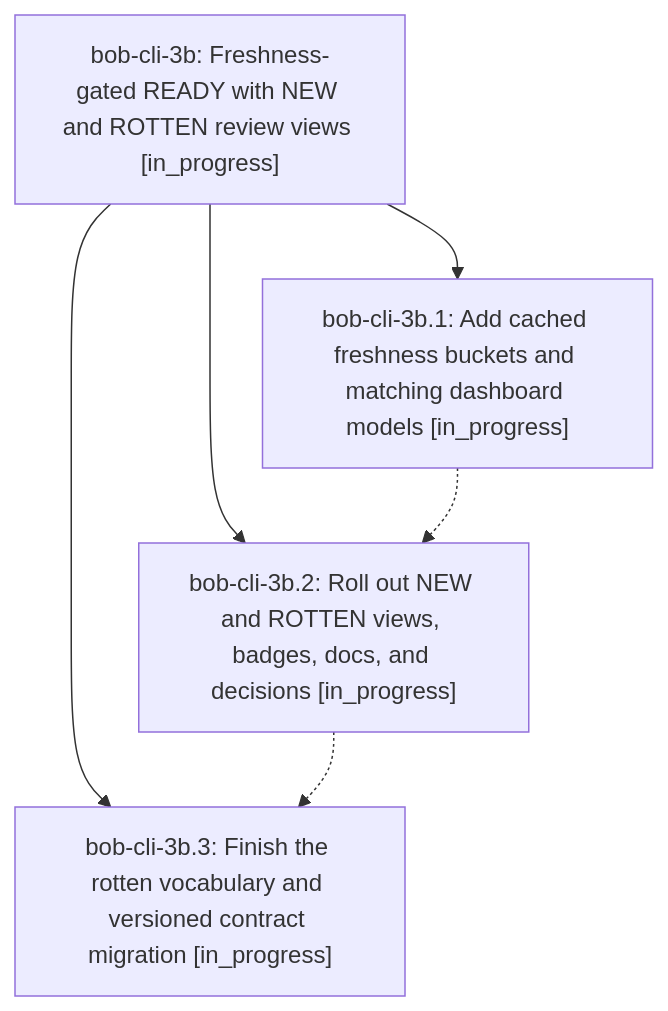
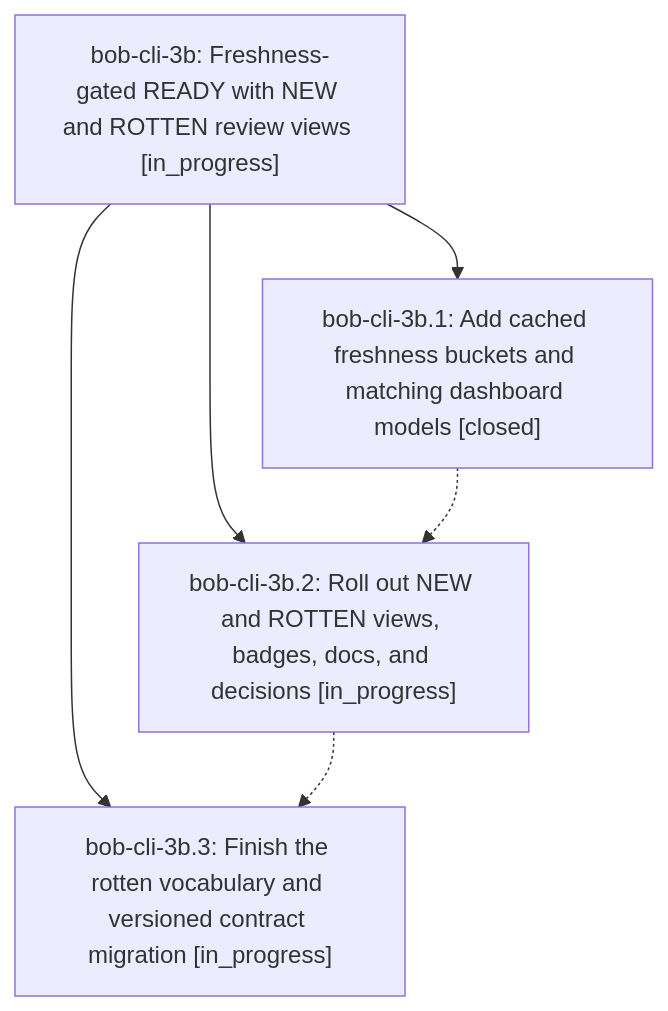
One commit to bobs-org/bob-cli--beads changed the diagram in pages/bob-cli-3b/README.md. Above: the diagram before and after it, drawn with Mermaid. The commit also changed other lines of this file and 2 other files, not shown here.

First line of the commit message:
chore(beads): sync bead state and pages for bob-cli-3b

````diff
--- a/pages/bob-cli-3b/README.md
+++ b/pages/bob-cli-3b/README.md
@@ -24,12 +24,12 @@
 ```mermaid
 flowchart TD
     n0["bob-cli-3b: Freshness-gated READY with NEW and ROTTEN review views [in_progress]"]
-    n1["bob-cli-3b.1: Add cached freshness buckets and matching dashboard models [in_progress]"]
+    n1["bob-cli-3b.1: Add cached freshness buckets and matching dashboard models [closed]"]
     n2["bob-cli-3b.2: Roll out NEW and ROTTEN views, badges, docs, and decisions [in_progress]"]
     n3["bob-cli-3b.3: Finish the rotten vocabulary and versioned contract migration [in_progress]"]
     n0 --> n1
     n0 --> n2
     n0 --> n3
     n1 -.-> n2
     n2 -.-> n3
 ```
````
